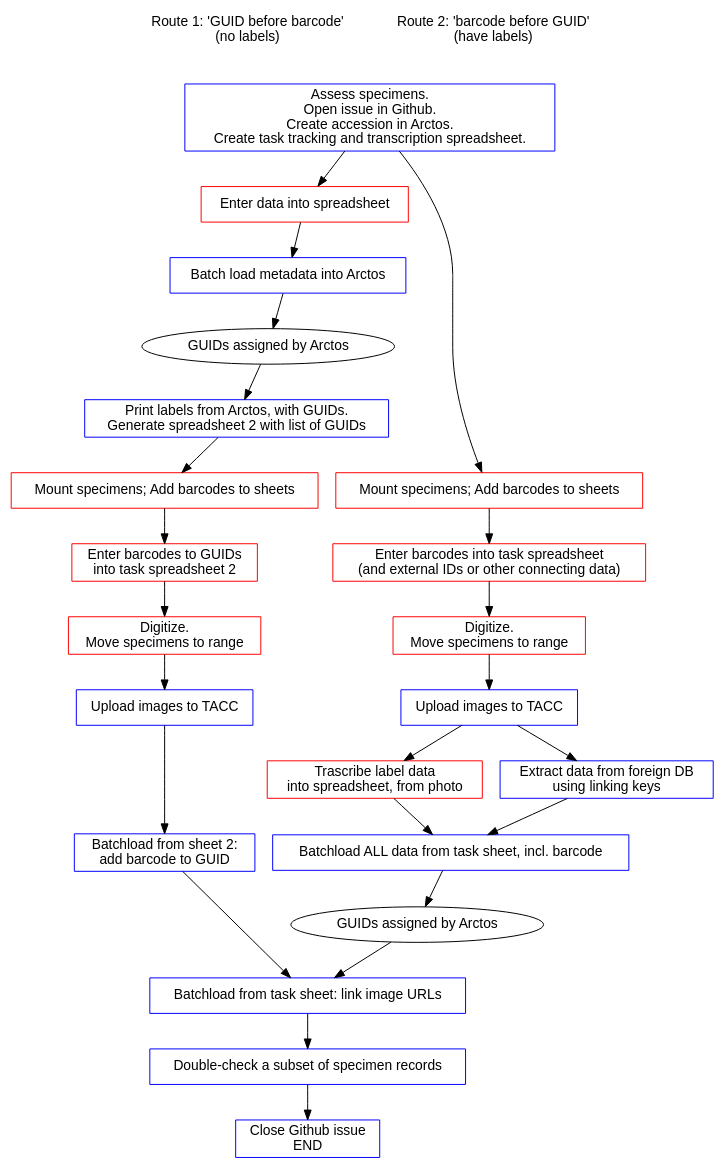
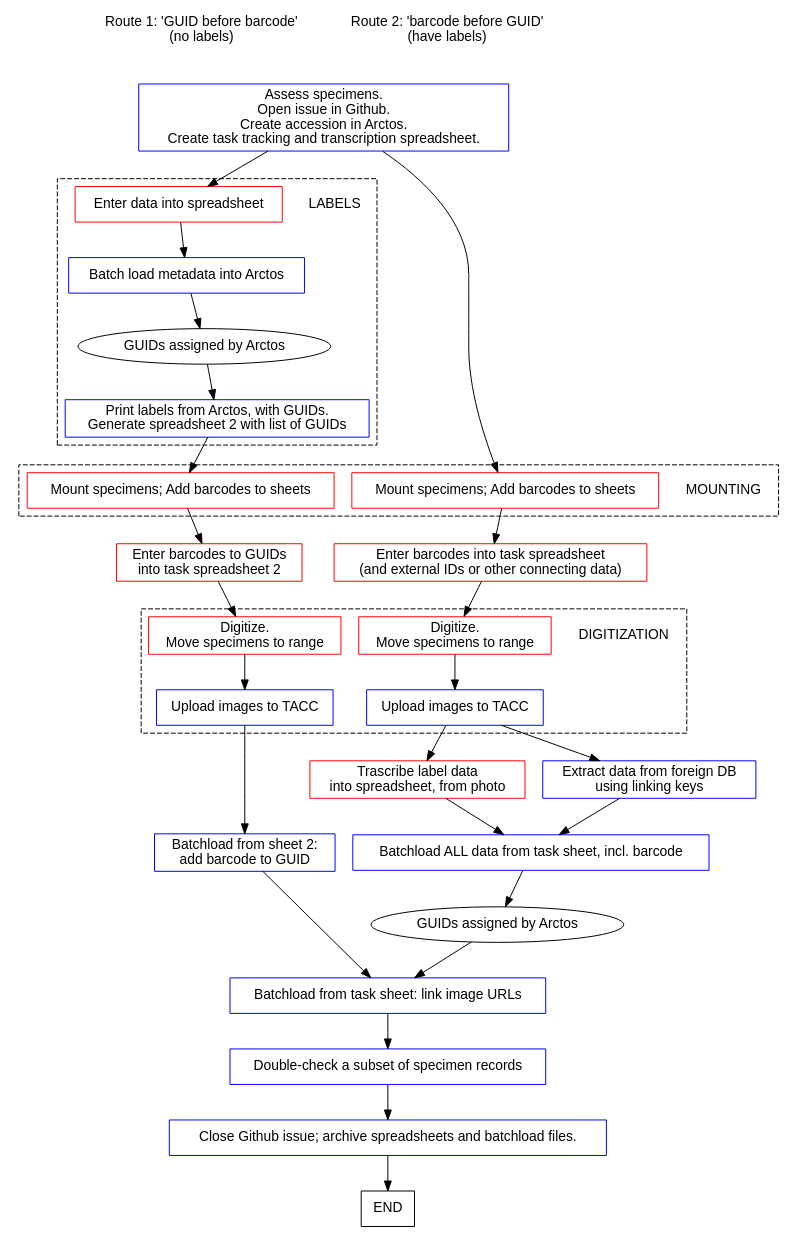
One commit to ALA-herbarium/documentation changed the diagram in img/flow.dot. Above: the diagram before and after it, drawn with Graphviz. The commit also changed 1 other file, not shown here.

Commit message:
changes to flow sheet

```diff
--- a/img/flow.dot
+++ b/img/flow.dot
@@ -1,174 +1,190 @@
 digraph flow {
     node [fontname="Helvetica",shape=box];
     edge [fontname="Courier", len=1.5];
     overlap=false;
     //rankdir=BT;
     newrank=true;
     ranksep=0.5
     //
     // NODES
     //
     subgraph labels {
         rank=same
         r1 [label="Route 1: 'GUID before barcode'\n(no labels)",
             shape=plaintext]
         r2 [label="Route 2: 'barcode before GUID'\n(have labels)",
             shape=plaintext]
     }
-    entry [label="Enter data into spreadsheet",
-           color=red]
-    entry2 [label="Batch load metadata into Arctos",
-           color=blue]
-    guid1 [label="GUIDs assigned by Arctos",shape=oval]
-    print [label="Print labels from Arctos, with GUIDs.\nGenerate spreadsheet 2 with list of GUIDs",
-           color=blue]
+    //
+    subgraph clusterLABEL {
+        style=dashed
+        subgraph {
+            rank=same
+            LABELS [shape=plaintext]
+            entry [label="Enter data into spreadsheet",
+                   color=red]
+        }
+        entry2 [label="Batch load metadata into Arctos",
+                color=blue]
+        guid1 [label="GUIDs assigned by Arctos",shape=oval]
+        print [label="Print labels from Arctos, with GUIDs.\nGenerate spreadsheet 2 with list of GUIDs",
+               color=blue]
+    }
     guid2 [label="GUIDs assigned by Arctos",shape=oval]
     accn [label="Assess specimens.\nOpen issue in Github.\nCreate accession in Arctos.\nCreate task tracking and transcription spreadsheet.",color=blue]
     //
-    subgraph upload {
-        rank=same
-        upload1 [label="Upload images to TACC",color=blue]
-        upload2 [label="Upload images to TACC",color=blue]
-    }
     //
     subgraph tl {
         rank=same
         trans [label="Trascribe label data\ninto spreadsheet, from photo",
                color=red] 
         link  [label="Extract data from foreign DB\nusing linking keys",
                color=blue]
         }
     //
-    subgraph bc {
+    subgraph clusterbc {
+        style=dashed
         rank=same
         bc1 [label="Mount specimens; Add barcodes to sheets",
              color=red]
         bc2 [label="Mount specimens; Add barcodes to sheets",
              color=red]
+        bc2 -> MOUNTING [style=invis] // to force position
+        MOUNTING [shape=plaintext]
+
     }
     subgraph table {
         rank=same
         table1 [label="Enter barcodes to GUIDs\ninto task spreadsheet 2",
                 color=red]
         table2 [label="Enter barcodes into task spreadsheet\n(and external IDs or other connecting data)",
                 color=red]
     }
-    subgraph photo {
-        rank=same
-        photo1 [label="Digitize.\nMove specimens to range",color=red]
-        photo2 [label="Digitize.\nMove specimens to range",color=red]
+    subgraph clusterdigit {        
+        style=dashed
+        subgraph photo {
+            rank=same
+            DIGITIZATION [shape=plaintext]
+            photo1 [label="Digitize.\nMove specimens to range",color=red]
+            photo2 [label="Digitize.\nMove specimens to range",color=red]
+        }
+        subgraph upload {
+            rank=same
+            upload1 [label="Upload images to TACC",color=blue]
+            upload2 [label="Upload images to TACC",color=blue]
+        }
     }
     subgraph batch {
         rank=same
         batch1 [label="Batchload from sheet 2:\nadd barcode to GUID",color=blue]
         batch2 [label="Batchload ALL data from task sheet, incl. barcode",
                 color=blue]
     }
     linkp [label="Batchload from task sheet: link image URLs",
            color=blue]
     dc [label="Double-check a subset of specimen records",color=blue]
-    issue2 [label="Close Github issue\nEND",color=blue]  
+    issue2 [label="Close Github issue; archive spreadsheets and batchload files.",color=blue]
     //
     // EDGES 1
     r1 -> accn [style=invis]
     accn -> entry
     entry -> entry2
     entry2 -> guid1
     guid1 -> print
     print -> bc1
     bc1 -> table1
     table1 -> photo1
     photo1 -> upload1
     upload1 -> batch1
     batch1 -> linkp
     //
     // EDGES 2
     r2 -> accn [style=invis]
     accn -> bc2
     bc2 -> table2
     table2 -> photo2
     photo2 -> upload2
     upload2 -> trans
     trans -> batch2
     upload2 -> link
     link -> batch2
     batch2 -> guid2
     guid2 -> linkp
     //
     // EDGES joint
-    linkp -> dc -> issue2
+    linkp -> dc -> issue2 -> END
 }
 //     //
 //     icms -> csv1 ;
 //     icms -> csv3 [dir=back];
 //     //
 //     subgraph icms1 {
 //         csv1 [label="ICMS export\nCSV [in 1]",color=green]
 //         csv3 [label="Arctos final CSVs\n('existing' and 'new')\n[in 4]",
 //         color=green]
 //     };
 //     //
 //     csv1 -> nacompare;
 //     csv1 -> spectracker ;
 //     nacompare -> notes1
 //     nacompare -> notes2 ;
 //     notes1 -> spectracker
 //     notes2 -> spectracker
 //     spectracker -> csv2 [dir=back]
 //     csv3 -> itis [dir=back];
 //     npscheck -> arctos [dir=back]
 //     npscheck -> edits2
 //     //
 //     subgraph ala1 {
 //         rank=same;
 //         nacompare [shape=diamond];
 //         itis [label="ITIS converter",shape=diamond];
 //     }
 //     //
 //     subgraph ala2 {
 //         rank=same;
 //         spectracker [label="Specimen tracker\nsheet\n[in Processing]",
 //                      color=red];
 //         npscheck [label="Sheet for\nNPS to check [in 2]",color=green];
 //         //invis1 [style=invis,label=""]
 //     }
 //     //
 //     subgraph ala3 {
 //         rank=same;
 //         notes1 [label="List of pre-existing\ndifferences",style=dashed];
 //         notes2 [label="Specimens missing\nin Arctos",style=dashed];
 //     }
 //     //
 //     subgraph ala4 {
 //         rank=same;
 //         edits1 [label="Edits,\none-by-one",shape=diamond];
 //         edits2 [label="Edits,\nbatch",shape=diamond];
 //     };
 //     //
     
 //     nacompare -> csv2 [dir=back];
 //     spectracker -> npscheck;
 //     npscheck -> spectracker
 //     spectracker -> edits1 [dir=both];
 //     spectracker -> edits2 [dir=both];
 //     itis -> csv4 [dir=back];
 //     //
 //     subgraph arctos1 {
 //         rank=same
 //         csv2 [label="Arctos initial CSV",color=lightblue]
 //         csv4 [label="Arctos\nfinal CSV",color=lightblue]
 //         csv5 [label="Arctos\nbatch CSV [in 3]",color=lightblue]
 //     };
 //     edits1 -> arctos ;
 //     edits2 -> csv5
 //     csv2 -> arctos  [dir=back];
 //     csv4 -> arctos  [dir=back];
 //     csv5 -> arctos
 //     //
 //     arctos [label="Arctos", shape=parallelogram, color=lightblue,
 //                 style=filled];
     
 // /*
 
 // */
 // }
```
